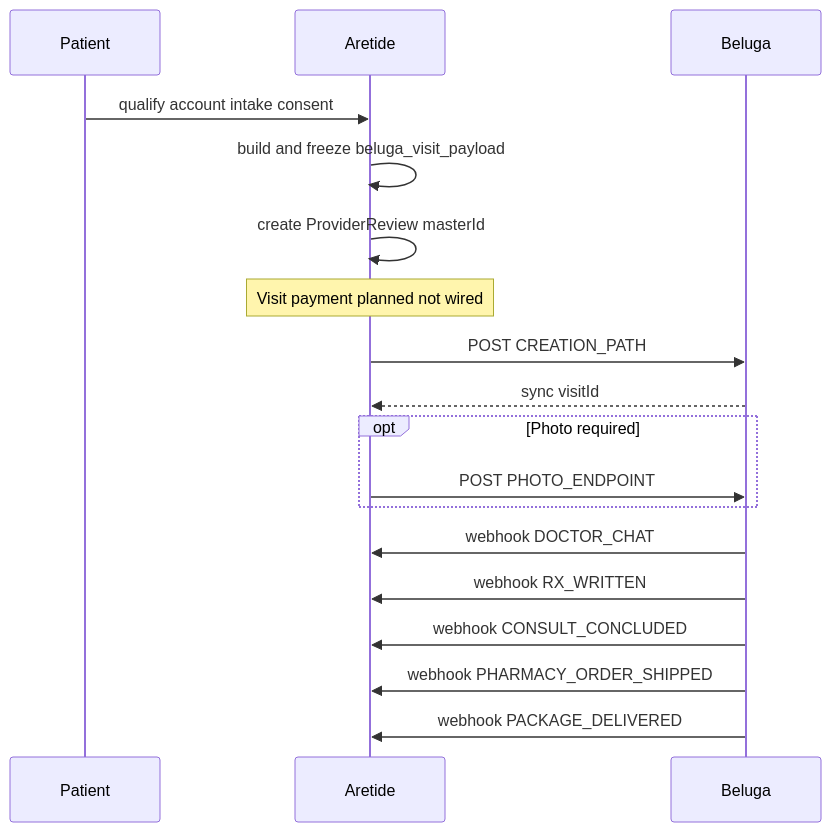
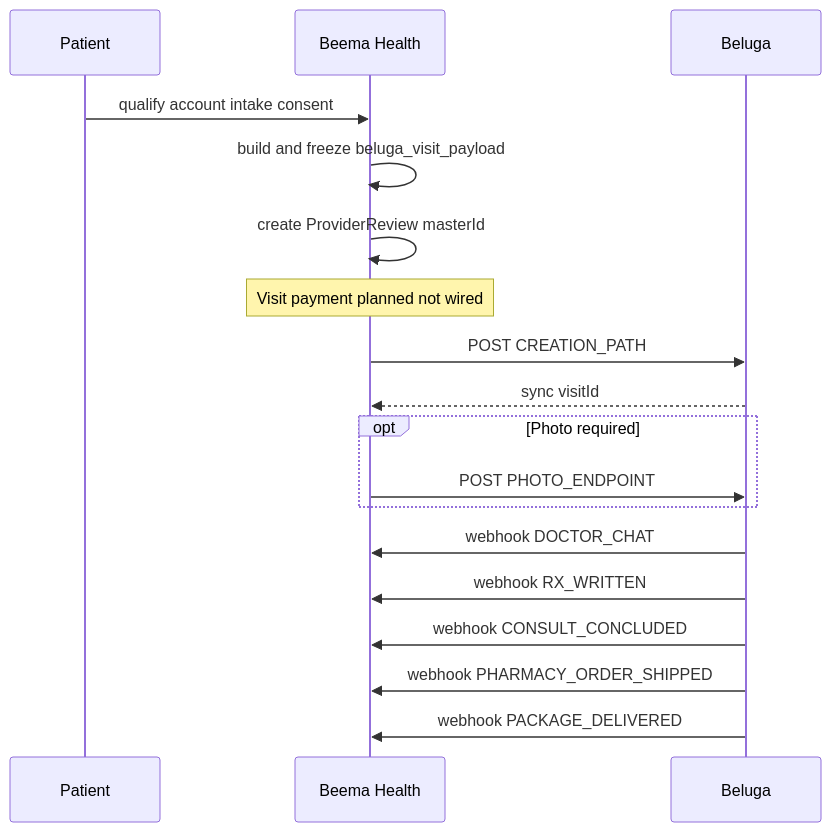
The diagram in docs/features/diagrams/new-patient-sequence.mmd (BeemaHealth/BeemaHealth), drawn with Mermaid before and after one commit. The commit also changed 78 other files, not shown here.

```diff
--- a/docs/features/diagrams/new-patient-sequence.mmd
+++ b/docs/features/diagrams/new-patient-sequence.mmd
@@ -1,19 +1,19 @@
 sequenceDiagram
   participant P as Patient
-  participant A as Aretide
+  participant A as Beema Health
   participant B as Beluga
 
   P->>A: qualify account intake consent
   A->>A: build and freeze beluga_visit_payload
   A->>A: create ProviderReview masterId
   Note over A: Visit payment planned not wired
   A->>B: POST CREATION_PATH
   B-->>A: sync visitId
   opt Photo required
     A->>B: POST PHOTO_ENDPOINT
   end
   B->>A: webhook DOCTOR_CHAT
   B->>A: webhook RX_WRITTEN
   B->>A: webhook CONSULT_CONCLUDED
   B->>A: webhook PHARMACY_ORDER_SHIPPED
   B->>A: webhook PACKAGE_DELIVERED
```
